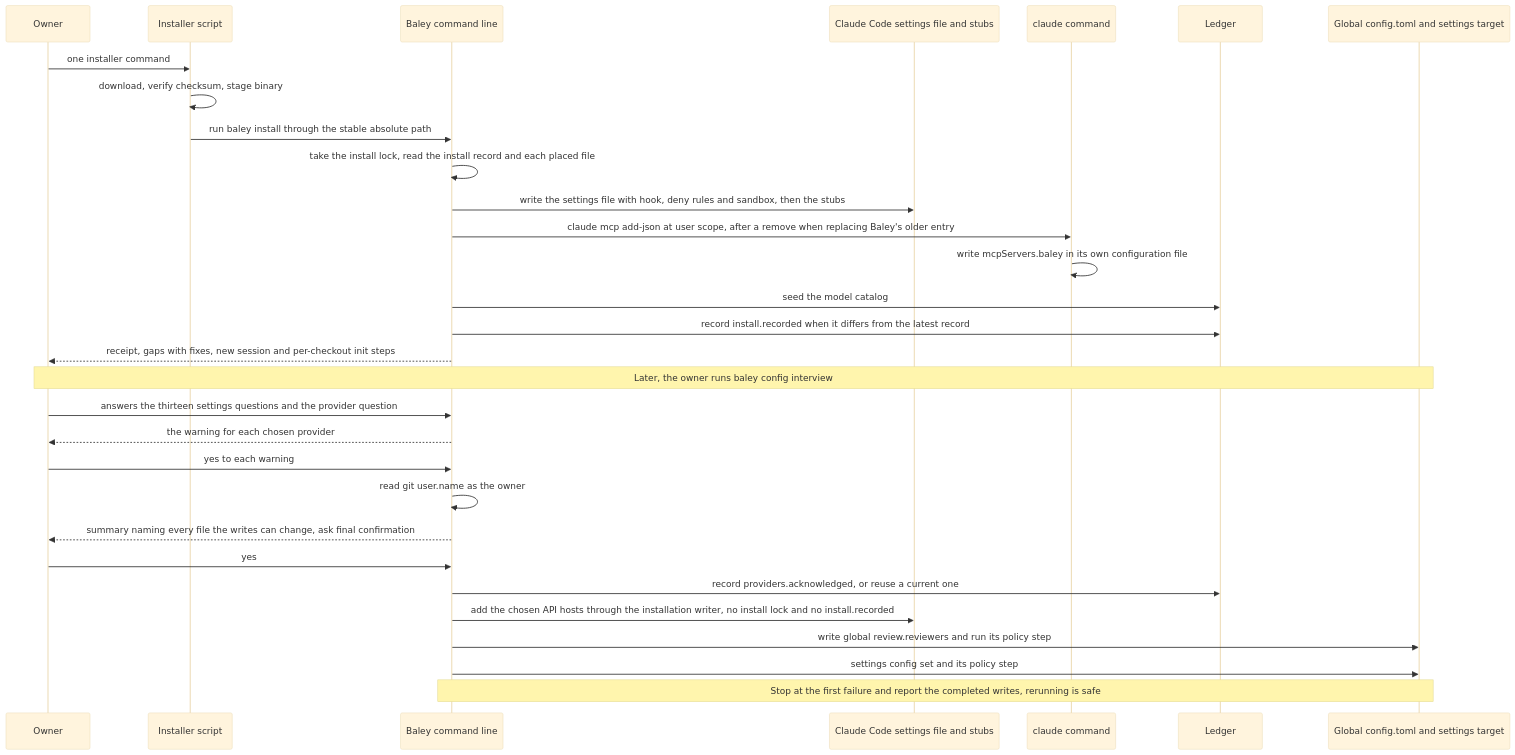
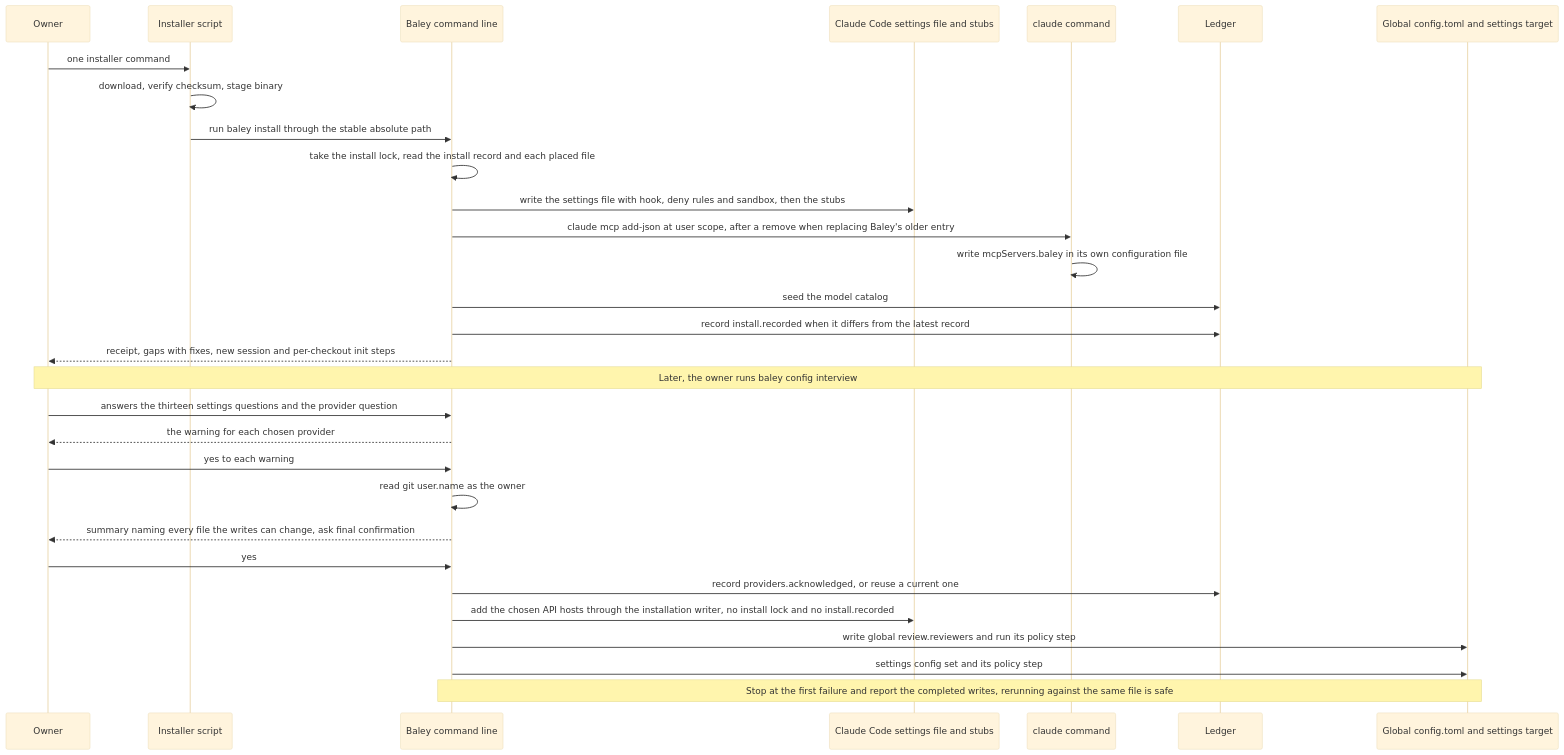
The seventh of 8 diagrams in docs/design/0012-host-interface.md (crenshawdev/baley), drawn with Mermaid (base theme) before and after one commit. The commit also changed other lines of this file and 2 other files, not shown here.

Commit message:
docs(design): say a rerun of the interview is safe only against the same file
With no file flag, the interview's default target moves to the project
file once the global file holds a role value, so a rerun inside a
project writes its settings answers to baley.toml. Design 0003, design
0012 and the README claimed every rerun changes no file.

````diff
--- a/docs/design/0012-host-interface.md
+++ b/docs/design/0012-host-interface.md
@@ -572,32 +572,32 @@
 ```mermaid
 sequenceDiagram
   participant O as Owner
   participant I as Installer script
   participant B as Baley command line
   participant HC as Claude Code settings file and stubs
   participant CC as claude command
   participant L as Ledger
   participant C as Global config.toml and settings target
   O->>I: one installer command
   I->>I: download, verify checksum, stage binary
   I->>B: run baley install through the stable absolute path
   B->>B: take the install lock, read the install record and each placed file
   B->>HC: write the settings file with hook, deny rules and sandbox, then the stubs
   B->>CC: claude mcp add-json at user scope, after a remove when replacing Baley's older entry
   CC->>CC: write mcpServers.baley in its own configuration file
   B->>L: seed the model catalog
   B->>L: record install.recorded when it differs from the latest record
   B-->>O: receipt, gaps with fixes, new session and per-checkout init steps
   Note over O,C: Later, the owner runs baley config interview
   O->>B: answers the thirteen settings questions and the provider question
   B-->>O: the warning for each chosen provider
   O->>B: yes to each warning
   B->>B: read git user.name as the owner
   B-->>O: summary naming every file the writes can change, ask final confirmation
   O->>B: yes
   B->>L: record providers.acknowledged, or reuse a current one
   B->>HC: add the chosen API hosts through the installation writer, no install lock and no install.recorded
   B->>C: write global review.reviewers and run its policy step
   B->>C: settings config set and its policy step
-  Note over B,C: Stop at the first failure and report the completed writes, rerunning is safe
+  Note over B,C: Stop at the first failure and report the completed writes, rerunning against the same file is safe
 ```
````
